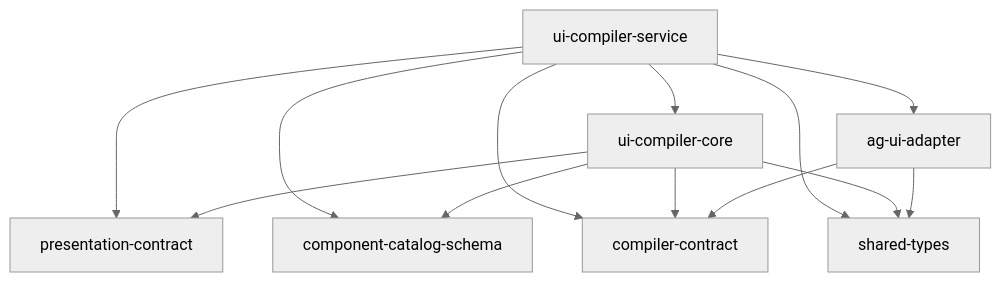
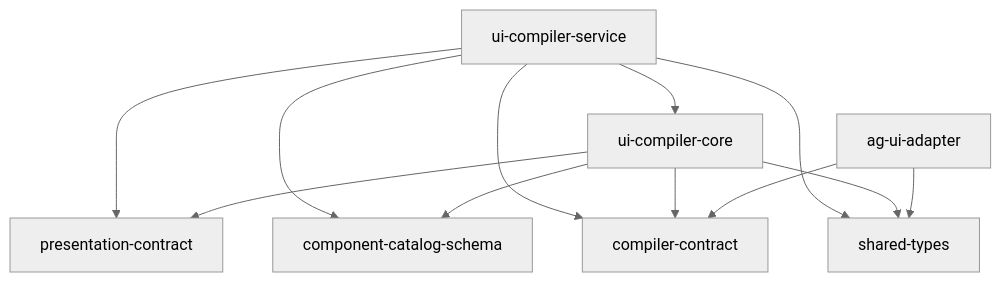
One commit to xiaoxiaoqian1217/generative-ui-platform changed the ninth of 9 diagrams in docs/Generative_UI_Compiler_Design.md. Above: the diagram before and after it, drawn with Mermaid (neutral theme). The commit also changed other lines of this file and 6 other files, not shown here.

````diff
--- a/docs/Generative_UI_Compiler_Design.md
+++ b/docs/Generative_UI_Compiler_Design.md
@@ -2161,25 +2132,24 @@
 ```mermaid
 flowchart TD
     Service[ui-compiler-service]
     Core[ui-compiler-core]
     Presentation[presentation-contract]
     Catalog[component-catalog-schema]
     Compiler[compiler-contract]
     AGUI[ag-ui-adapter]
     Shared[shared-types]
 
     Service --> Core
     Service --> Presentation
     Service --> Catalog
     Service --> Compiler
-    Service --> AGUI
     Service --> Shared
 
     Core --> Presentation
     Core --> Catalog
     Core --> Compiler
     Core --> Shared
 
     AGUI --> Compiler
     AGUI --> Shared
 ```
````
